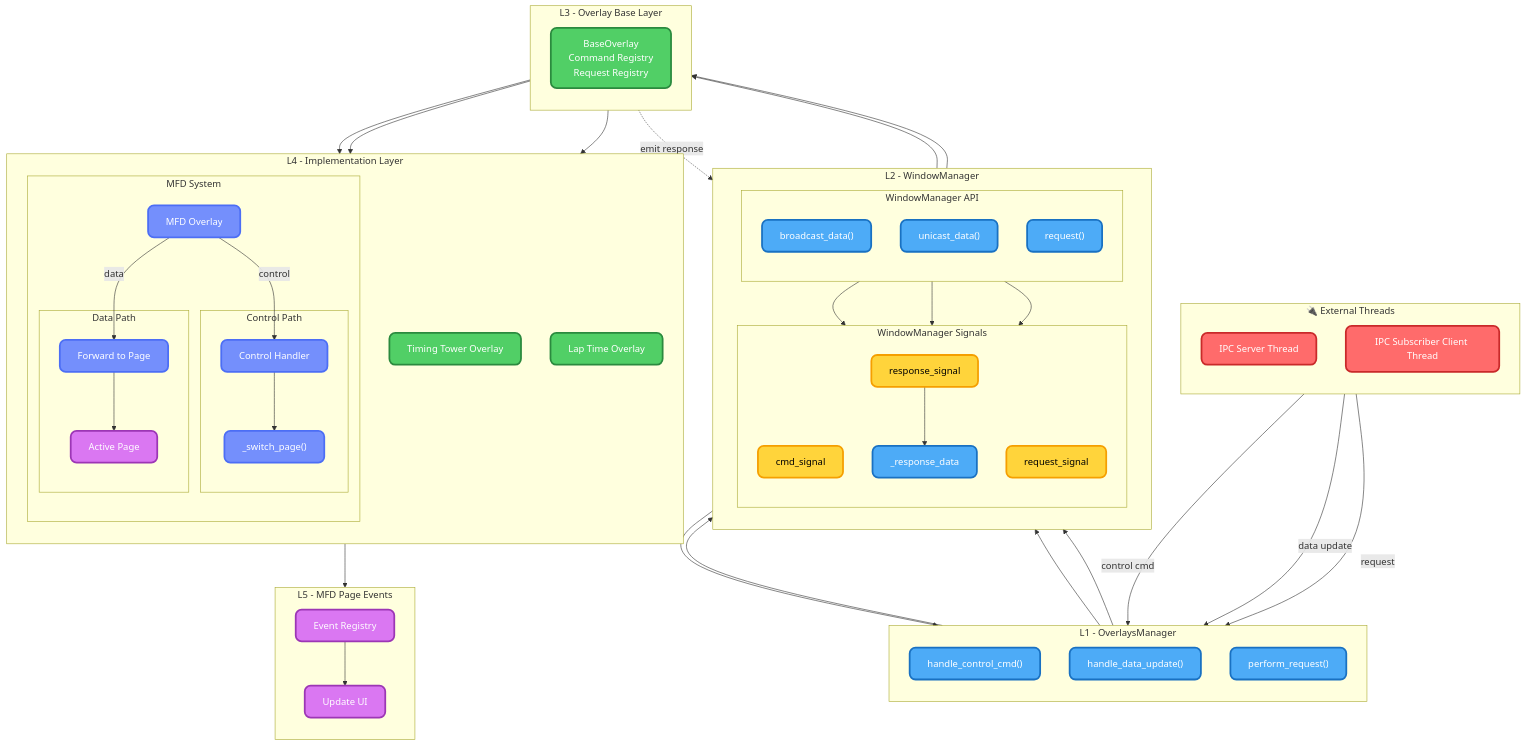
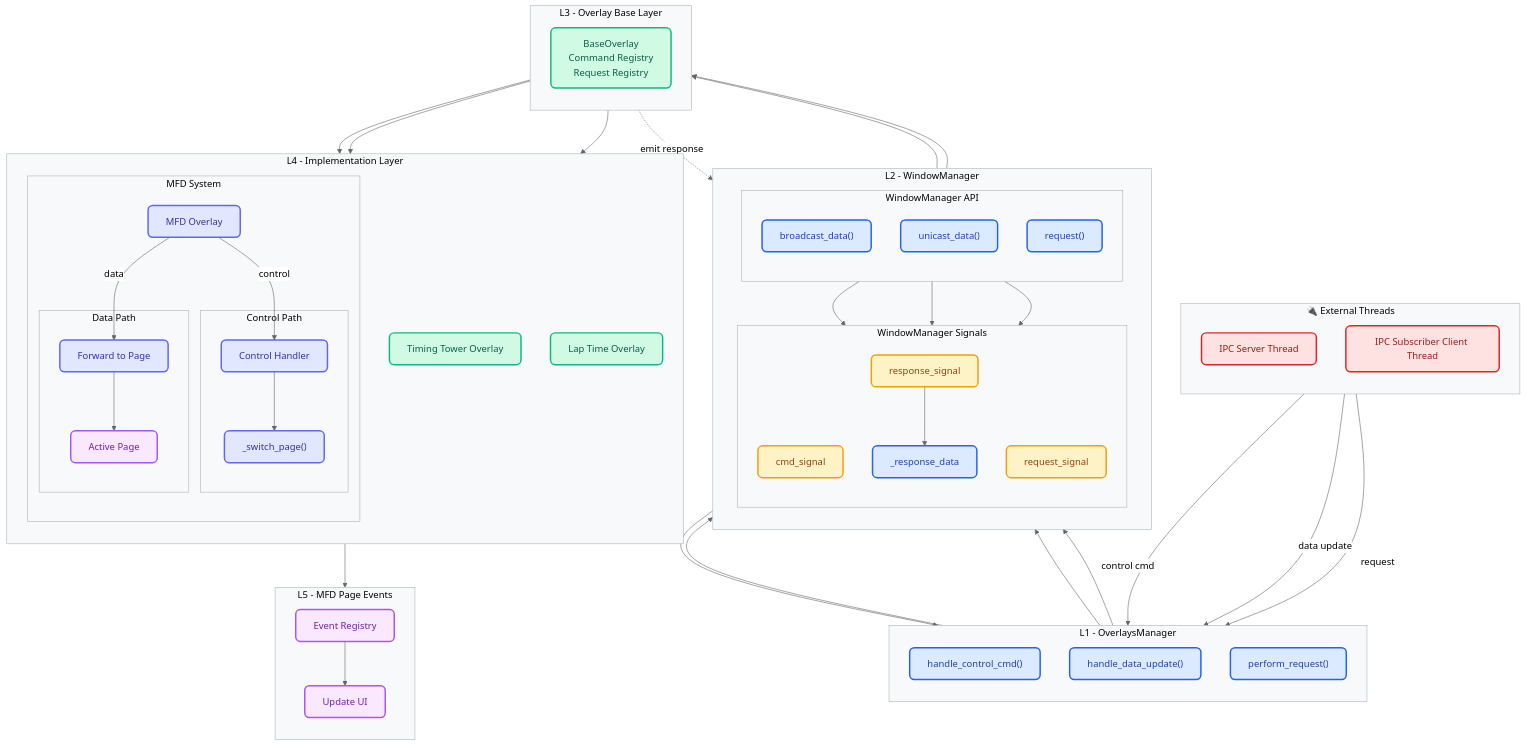
One commit to kmransom56/pitsngiggles-mcp-integration changed the diagram in docs/hud-arch.mmd. Above: the diagram before and after it, drawn with Mermaid. The commit also changed 3 other files, not shown here.

Commit message:
diagrams update

```diff
--- a/docs/hud-arch.mmd
+++ b/docs/hud-arch.mmd
@@ -1,113 +1,115 @@
+%%{init: {'theme':'base', 'themeVariables': { 'primaryColor':'#fff','primaryTextColor':'#000','primaryBorderColor':'#999','lineColor':'#666','secondaryColor':'#f9f9f9','tertiaryColor':'#fff','background':'#ffffff','mainBkg':'#ffffff','clusterBkg':'#f8f9fa','clusterBorder':'#adb5bd','edgeLabelBackground':'#ffffff'}}}%%
+
 graph TD
 
 subgraph EXT["🔌 External Threads"]
     direction TB
     IPC["IPC Server Thread"]
     SUB["IPC Subscriber Client Thread"]
 end
 
 subgraph OM["L1 - OverlaysManager"]
     direction TB
     OM_Cmd["handle_control_cmd()"]
     OM_Data["handle_data_update()"]
     OM_Req["perform_request()"]
 end
 
 subgraph WMALL["L2 - WindowManager"]
     direction TB
     subgraph WM["WindowManager API"]
         direction TB
         API_BC["broadcast_data()"]
         API_UC["unicast_data()"]
         API_REQ["request()"]
     end
 
     subgraph WMSIG["WindowManager Signals"]
         direction TB
         Sig_CMD["cmd_signal"]
         Sig_REQ["request_signal"]
         Sig_RESP["response_signal"]
         RespStore["_response_data"]
     end
 end
 
 subgraph BASE["L3 - Overlay Base Layer"]
     direction TB
     BaseOverlay["BaseOverlay<br/>Command Registry<br/>Request Registry"]
 end
 
 subgraph OVERLAYS["L4 - Implementation Layer"]
     direction TB
     TimingTowerOverlay["Timing Tower Overlay"]
     LapTimeOverlay["Lap Time Overlay"]
 
     subgraph MFD["MFD System"]
         direction TB
         MFDCommandRouter["MFD Overlay"]
         subgraph MFDCTRL["Control Path"]
             MFDHandlers["Control Handler"]
             SwitchPage["_switch_page()"]
         end
 
         subgraph MFDDATA["Data Path"]
             ForwardData["Forward to Page"]
             ActivePage["Active Page"]
         end
     end
 end
 
 subgraph PAGES["L5 - MFD Page Events"]
     direction TB
     PageReg["Event Registry"]
     UpdateUI["Update UI"]
 end
 
 %% ========= Top-Down Flows =========
 IPC -->|control cmd| OM_Cmd
 SUB -->|data update| OM_Data
 IPC -->|request| OM_Req
 
 OM_Cmd --> API_UC
 OM_Data --> API_BC
 OM_Req --> API_REQ
 
 API_BC --> Sig_CMD
 API_UC --> Sig_CMD
 API_REQ --> Sig_REQ
 
 Sig_CMD --> BaseOverlay
 Sig_REQ --> BaseOverlay
 
 BaseOverlay --> TimingTowerOverlay
 BaseOverlay --> LapTimeOverlay
 BaseOverlay --> MFDCommandRouter
 
 %% Response path (upward dotted)
 BaseOverlay -.->|emit response| Sig_RESP
 Sig_RESP --> RespStore
 RespStore --> OM_Req
 
 %% MFD-specific flows
 MFDCommandRouter -->|control| MFDHandlers
 MFDCommandRouter -->|data| ForwardData
 
 MFDHandlers --> SwitchPage
 ForwardData --> ActivePage
 
 ActivePage --> PageReg
 PageReg --> UpdateUI
 
-%% ========= Styles =========
-classDef thread fill:#ff6b6b,stroke:#c92a2a,color:#fff,stroke-width:3px,rx:10
-classDef manager fill:#4dabf7,stroke:#1971c2,color:#fff,stroke-width:3px,rx:10
-classDef signal fill:#ffd43b,stroke:#f59f00,color:#000,stroke-width:3px,rx:10
-classDef overlay fill:#51cf66,stroke:#2b8a3e,color:#fff,stroke-width:3px,rx:10
-classDef special fill:#748ffc,stroke:#4c6ef5,color:#fff,stroke-width:3px,rx:10
-classDef page fill:#da77f2,stroke:#9c36b5,color:#fff,stroke-width:3px,rx:10
+%% ========= Light Theme Styles =========
+classDef thread fill:#fee2e2,stroke:#dc2626,color:#991b1b,stroke-width:2.5px,rx:8
+classDef manager fill:#dbeafe,stroke:#2563eb,color:#1e40af,stroke-width:2.5px,rx:8
+classDef signal fill:#fef3c7,stroke:#f59e0b,color:#92400e,stroke-width:2.5px,rx:8
+classDef overlay fill:#d1fae5,stroke:#10b981,color:#065f46,stroke-width:2.5px,rx:8
+classDef special fill:#e0e7ff,stroke:#6366f1,color:#3730a3,stroke-width:2.5px,rx:8
+classDef page fill:#fae8ff,stroke:#a855f7,color:#6b21a8,stroke-width:2.5px,rx:8
 
 class IPC,SUB thread
 class OM_Cmd,OM_Data,OM_Req,API_BC,API_UC,API_REQ,RespStore manager
 class Sig_CMD,Sig_REQ,Sig_RESP signal
 class BaseOverlay,TimingTowerOverlay,LapTimeOverlay overlay
 class MFDCommandRouter,MFDHandlers,SwitchPage,ForwardData special
 class ActivePage,PageReg,UpdateUI page
```
